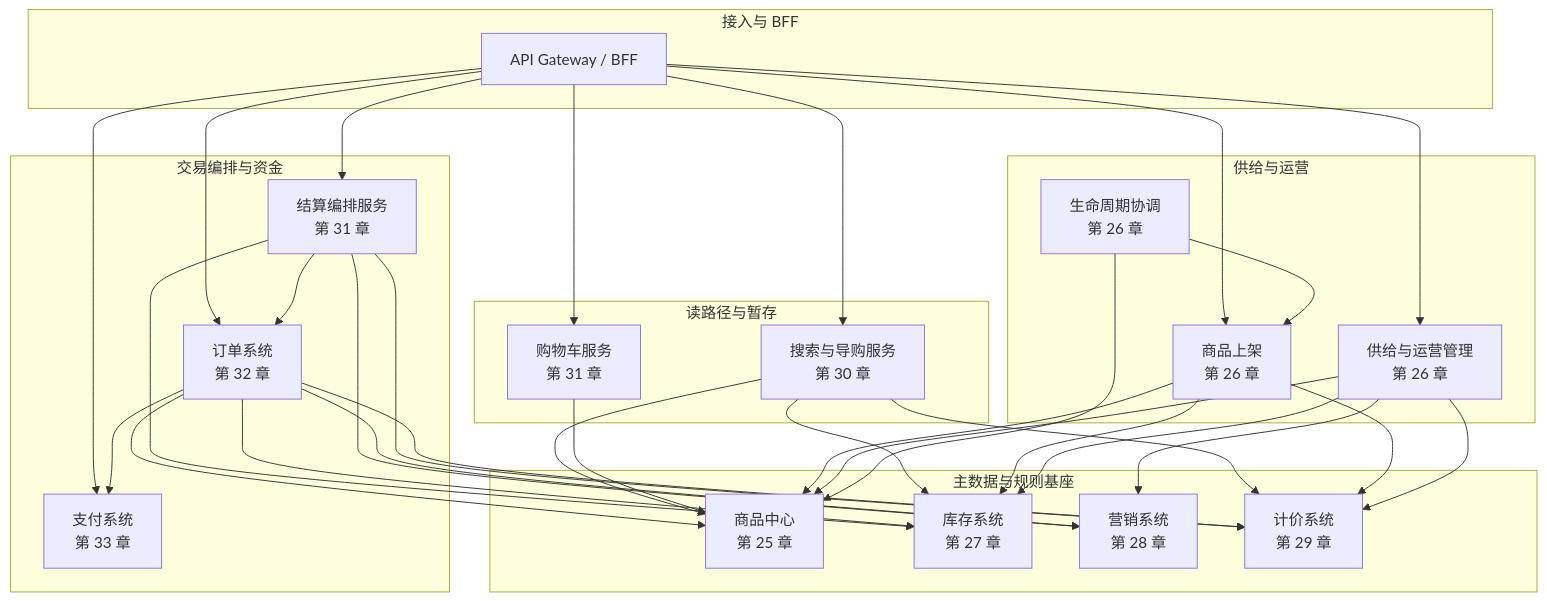
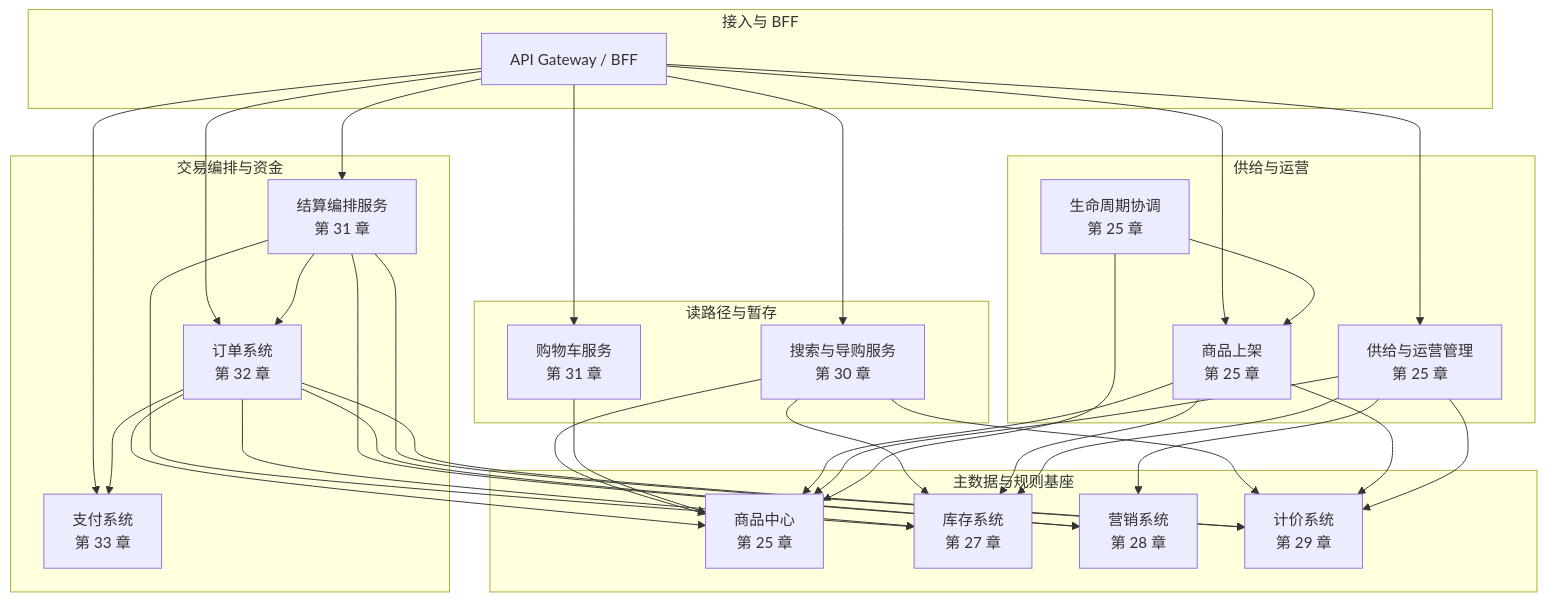
Before and after one commit to wxquare/wxquare.github.io: the third of 9 diagrams in books/system-design-primer/src/part03/01-ecommerce-overview.md, drawn with Mermaid. The commit also changed other lines of this file and 11 other files, not shown here.

````diff
--- a/books/system-design-primer/src/part03/01-ecommerce-overview.md
+++ b/books/system-design-primer/src/part03/01-ecommerce-overview.md
@@ -166,64 +166,64 @@
 ```mermaid
 flowchart TB
   subgraph L0["接入与 BFF"]
     GW[API Gateway / BFF]
   end
 
   subgraph L_read["读路径与暂存"]
     SearchSvc["搜索与导购服务<br/>第 30 章"]
     CartSvc["购物车服务<br/>第 31 章"]
   end
 
   subgraph L_data["主数据与规则基座"]
     ProductSvc["商品中心<br/>第 25 章"]
     InvSvc["库存系统<br/>第 27 章"]
     MktSvc["营销系统<br/>第 28 章"]
     PriceSvc["计价系统<br/>第 29 章"]
   end
 
   subgraph L_trade["交易编排与资金"]
     CheckoutSvc["结算编排服务<br/>第 31 章"]
     OrderSvc["订单系统<br/>第 32 章"]
     PaySvc["支付系统<br/>第 33 章"]
   end
 
   subgraph L_supply["供给与运营"]
-    ListingSvc["商品上架<br/>第 26 章"]
-    OpsSvc["供给与运营管理<br/>第 26 章"]
-    LifeSvc["生命周期协调<br/>第 26 章"]
+    ListingSvc["商品上架<br/>第 25 章"]
+    OpsSvc["供给与运营管理<br/>第 25 章"]
+    LifeSvc["生命周期协调<br/>第 25 章"]
   end
 
   GW --> SearchSvc
   GW --> CartSvc
   GW --> CheckoutSvc
   GW --> OrderSvc
   GW --> PaySvc
   GW --> ListingSvc
   GW --> OpsSvc
 
   SearchSvc --> ProductSvc
   SearchSvc --> InvSvc
   SearchSvc --> PriceSvc
   CartSvc --> ProductSvc
 
   CheckoutSvc --> PriceSvc
   CheckoutSvc --> InvSvc
   CheckoutSvc --> MktSvc
   CheckoutSvc --> OrderSvc
 
   OrderSvc --> ProductSvc
   OrderSvc --> InvSvc
   OrderSvc --> MktSvc
   OrderSvc --> PriceSvc
   OrderSvc --> PaySvc
 
   ListingSvc --> ProductSvc
   ListingSvc --> InvSvc
   ListingSvc --> PriceSvc
   OpsSvc --> ProductSvc
   OpsSvc --> InvSvc
   OpsSvc --> MktSvc
   OpsSvc --> PriceSvc
   LifeSvc --> ProductSvc
   LifeSvc --> ListingSvc
 ```
````
